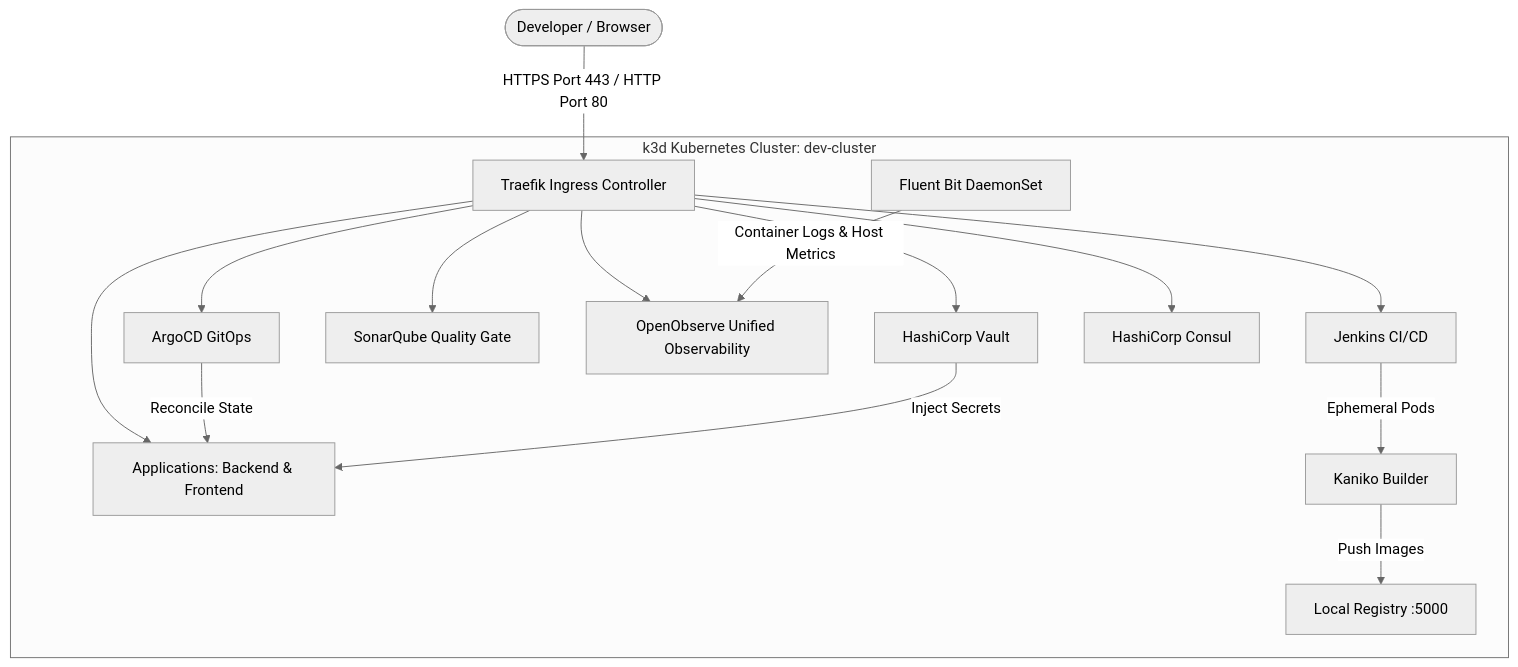
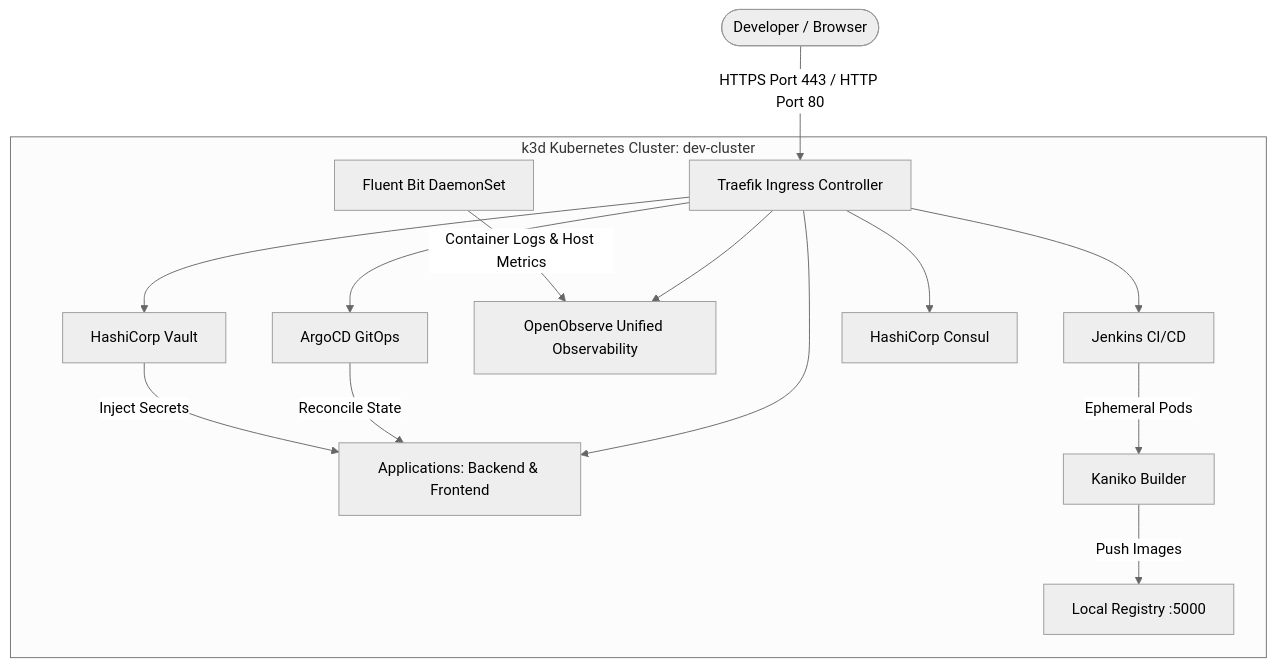
The diagram in docs/FEATURES_AND_ROADMAP.md (edmaputra/ed-devops), drawn with Mermaid (neutral theme) before and after one commit. The commit also changed other lines of this file and 12 other files, not shown here.

Commit message:
refactor: remove SonarQube, optimize agent image registry, and improve startup reliability

````diff
--- a/docs/FEATURES_AND_ROADMAP.md
+++ b/docs/FEATURES_AND_ROADMAP.md
@@ -19,20 +18,19 @@
 ```mermaid
 graph TD
     User([Developer / Browser]) -->|HTTPS Port 443 / HTTP Port 80| Traefik[Traefik Ingress Controller]
     
     subgraph K3sCluster [k3d Kubernetes Cluster: dev-cluster]
         Traefik --> Jenkins[Jenkins CI/CD]
         Traefik --> ArgoCD[ArgoCD GitOps]
-        Traefik --> SonarQube[SonarQube Quality Gate]
         Traefik --> OpenObserve[OpenObserve Unified Observability]
         Traefik --> Vault[HashiCorp Vault]
         Traefik --> Consul[HashiCorp Consul]
         Traefik --> Apps[Applications: Backend & Frontend]
         
         FluentBit[Fluent Bit DaemonSet] -->|Container Logs & Host Metrics| OpenObserve
         Jenkins -->|Ephemeral Pods| Kaniko[Kaniko Builder]
         Kaniko -->|Push Images| Registry[Local Registry :5000]
         ArgoCD -->|Reconcile State| Apps
         Vault -->|Inject Secrets| Apps
     end
 ```
````
